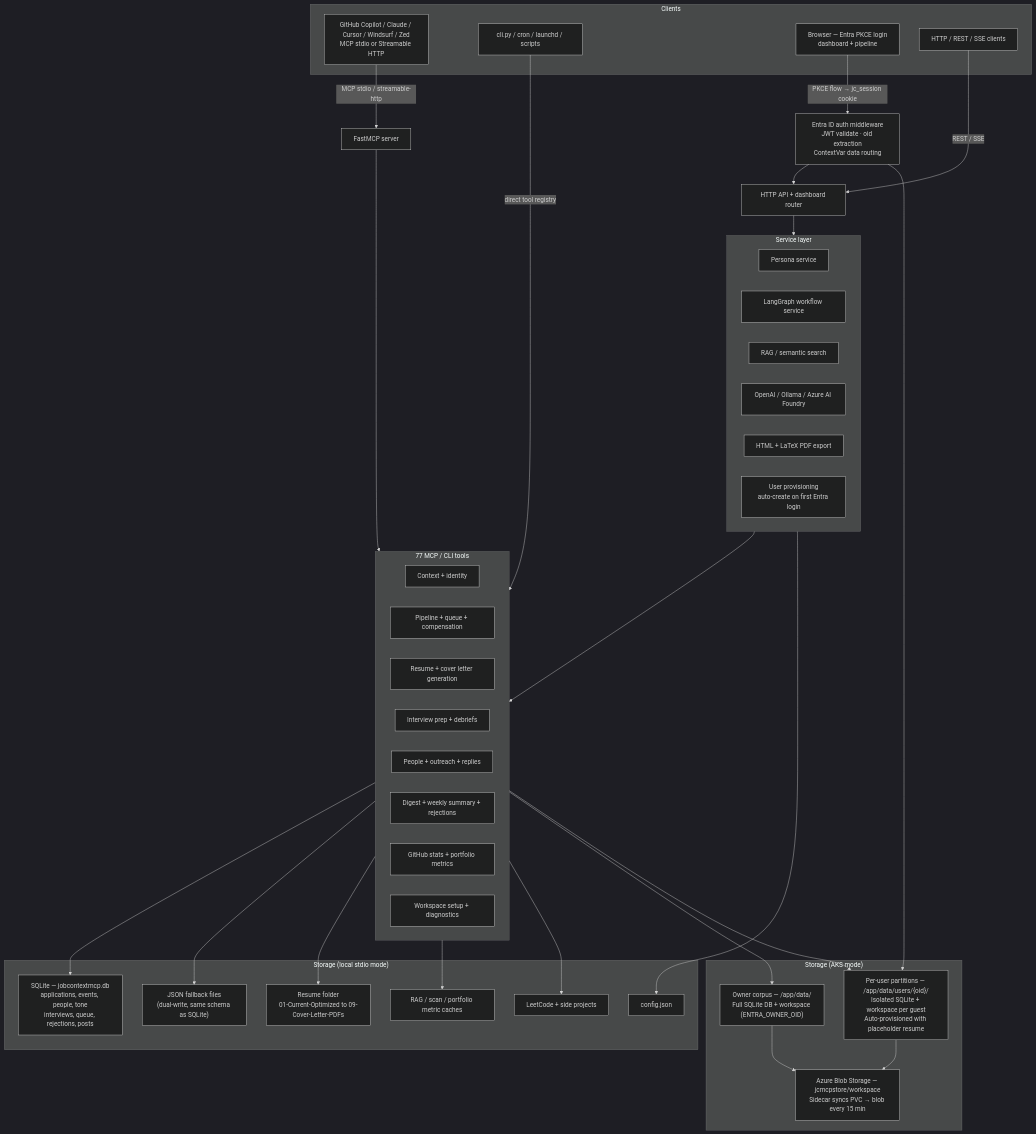
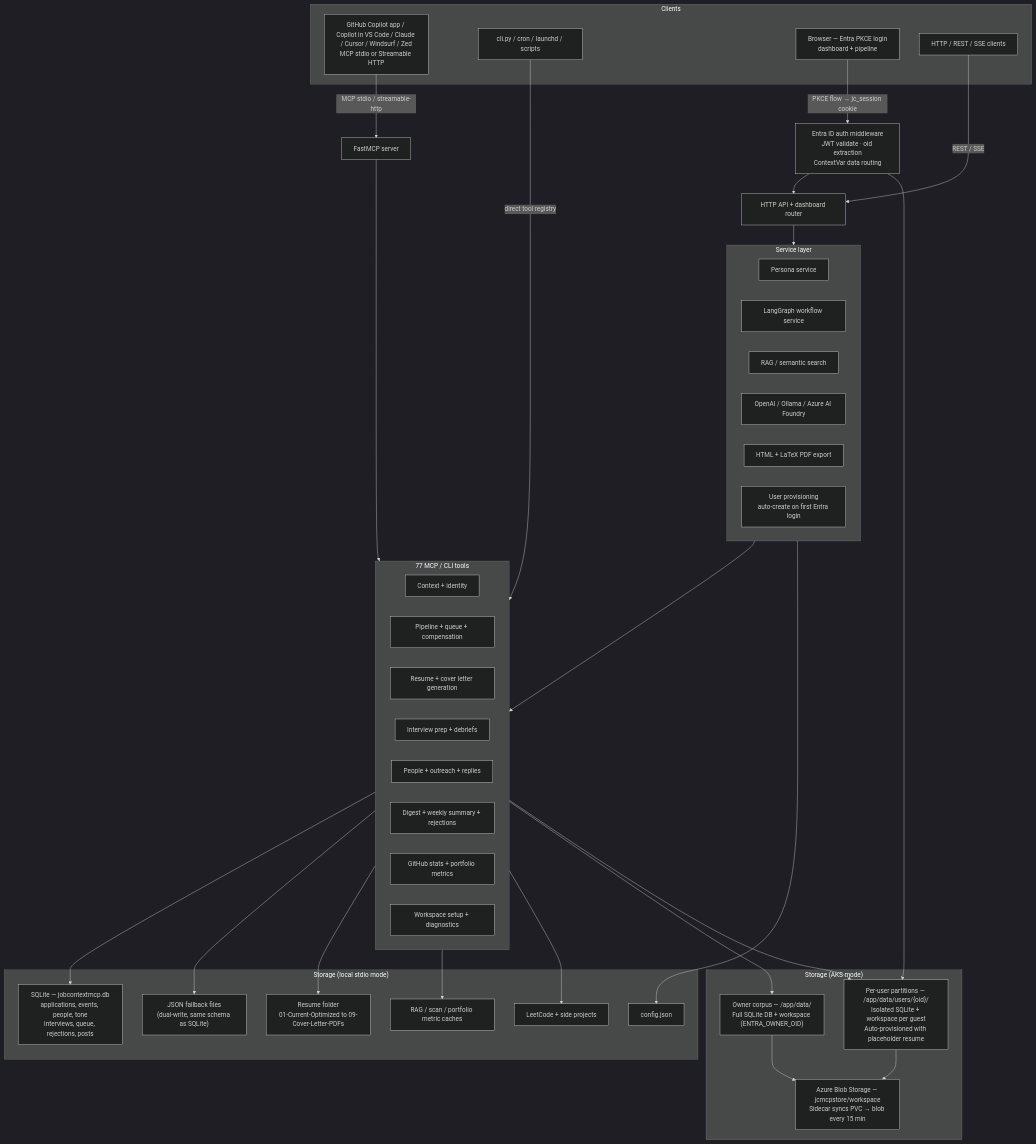
The first of 3 diagrams in README.md (JustLikeFrank3/jobContextMCP), drawn with Mermaid (dark theme) before and after one commit. The commit also changed other lines of this file and 1 other file, not shown here.

````diff
--- a/README.md
+++ b/README.md
@@ -115,66 +115,66 @@
 ```mermaid
 graph TB
   subgraph CLIENTS["Clients"]
-    COPILOT["GitHub Copilot / Claude / Cursor / Windsurf / Zed\nMCP stdio or Streamable HTTP"]
+    COPILOT["GitHub Copilot app / Copilot in VS Code / Claude / Cursor / Windsurf / Zed\nMCP stdio or Streamable HTTP"]
     CLI["cli.py / cron / launchd / scripts"]
     DASH["Browser — Entra PKCE login\ndashboard + pipeline"]
     HTTPCLIENT["HTTP / REST / SSE clients"]
   end
 
   COPILOT -->|"MCP stdio / streamable-http"| MCP["FastMCP server"]
   CLI -->|"direct tool registry"| TOOLS
   DASH -->|"PKCE flow → jc_session cookie"| ENTRA["Entra ID auth middleware\nJWT validate · oid extraction\nContextVar data routing"]
   HTTPCLIENT -->|"REST / SSE"| HTTP["HTTP API + dashboard router"]
   ENTRA --> HTTP
 
   HTTP --> SERVICES
   MCP --> TOOLS
   SERVICES --> TOOLS
 
   subgraph SERVICES["Service layer"]
     PERSONA["Persona service"]
     WORKFLOW["LangGraph workflow service"]
     RAG["RAG / semantic search"]
     LLM["OpenAI / Ollama / Azure AI Foundry"]
     PDF["HTML + LaTeX PDF export"]
     PROV["User provisioning\nauto-create on first Entra login"]
   end
 
   subgraph TOOLS["77 MCP / CLI tools"]
     CTX["Context + identity"]
     PIPE["Pipeline + queue + compensation"]
     DOCS["Resume + cover letter generation"]
     INTERVIEW["Interview prep + debriefs"]
     OUTREACH["People + outreach + replies"]
     ANALYTICS["Digest + weekly summary + rejections"]
     PORTFOLIO["GitHub stats + portfolio metrics"]
     SETUP["Workspace setup + diagnostics"]
   end
 
   subgraph FILES["Storage (local stdio mode)"]
     CONFIG["config.json"]
     SQLITE["SQLite — jobcontextmcp.db\napplications, events, people, tone\ninterviews, queue, rejections, posts"]
     DATA["JSON fallback files\n(dual-write, same schema as SQLite)"]
     MATERIALS["Resume folder\n01-Current-Optimized to 09-Cover-Letter-PDFs"]
     INDEX["RAG / scan / portfolio metric caches"]
     PROJECTS["LeetCode + side projects"]
   end
 
   subgraph AKS_FILES["Storage (AKS mode)"]
     AKS_OWNER["Owner corpus — /app/data/\nFull SQLite DB + workspace (ENTRA_OWNER_OID)"]
     AKS_USERS["Per-user partitions — /app/data/users/{oid}/\nIsolated SQLite + workspace per guest\nAuto-provisioned with placeholder resume"]
     BLOB["Azure Blob Storage — jcmcpstore/workspace\nSidecar syncs PVC → blob every 15 min"]
   end
 
   SERVICES --> CONFIG
   TOOLS --> SQLITE
   TOOLS --> DATA
   TOOLS --> MATERIALS
   TOOLS --> INDEX
   TOOLS --> PROJECTS
   TOOLS --> AKS_OWNER
   TOOLS --> AKS_USERS
   ENTRA --> AKS_USERS
   AKS_OWNER --> BLOB
   AKS_USERS --> BLOB
 ```
````
